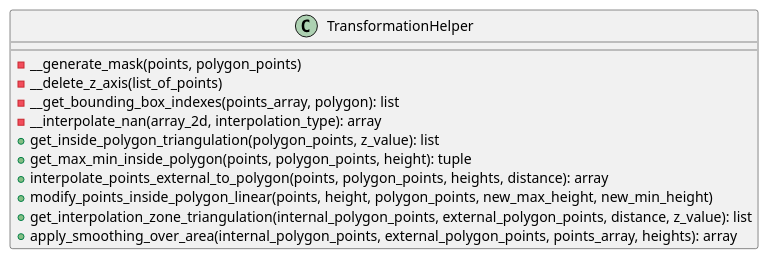
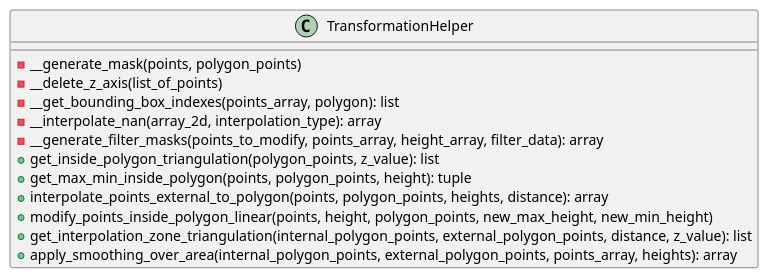
Before and after one commit to ferpoble2/Relief_Creator: the diagram in docs/classes/TransformationHelper.puml, drawn with PlantUML.

```diff
--- a/docs/classes/TransformationHelper.puml
+++ b/docs/classes/TransformationHelper.puml
@@ -1,18 +1,19 @@
 @startuml
 'https://plantuml.com/class-diagram
 
 class TransformationHelper {
 
     - __generate_mask(points, polygon_points)
     - __delete_z_axis(list_of_points)
     - __get_bounding_box_indexes(points_array, polygon): list
     - __interpolate_nan(array_2d, interpolation_type): array
+    - __generate_filter_masks(points_to_modify, points_array, height_array, filter_data): array
     + get_inside_polygon_triangulation(polygon_points, z_value): list
     + get_max_min_inside_polygon(points, polygon_points, height): tuple
     + interpolate_points_external_to_polygon(points, polygon_points, heights, distance): array
     + modify_points_inside_polygon_linear(points, height, polygon_points, new_max_height, new_min_height)
     + get_interpolation_zone_triangulation(internal_polygon_points, external_polygon_points, distance, z_value): list
     + apply_smoothing_over_area(internal_polygon_points, external_polygon_points, points_array, heights): array
 }
 
 @enduml
```
